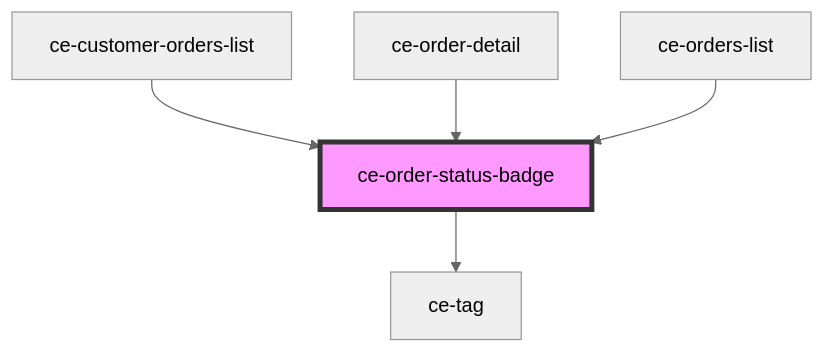
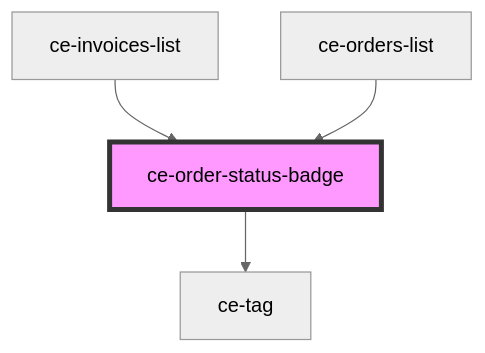
Before and after one commit to surecart/surecart-wp-plugin: the diagram in packages/components/src/components/ui/order-status-badge/readme.md, drawn with Mermaid (neutral theme). The commit also changed other lines of this file and 118 other files, not shown here.

````diff
--- a/packages/components/src/components/ui/order-status-badge/readme.md
+++ b/packages/components/src/components/ui/order-status-badge/readme.md
@@ -31,8 +30,7 @@
 ```mermaid
 graph TD;
   ce-order-status-badge --> ce-tag
-  ce-customer-orders-list --> ce-order-status-badge
-  ce-order-detail --> ce-order-status-badge
+  ce-invoices-list --> ce-order-status-badge
   ce-orders-list --> ce-order-status-badge
   style ce-order-status-badge fill:#f9f,stroke:#333,stroke-width:4px
 ```
````
